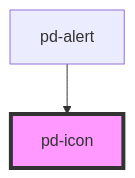
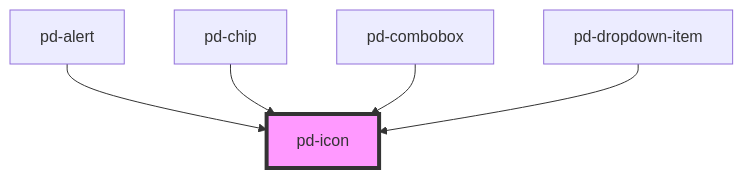
Before and after one commit to Lambda-IT/parlamentsdienste-components: the diagram in packages/core/src/components/pd-icon/readme.md, drawn with Mermaid. The commit also changed other lines of this file and 63 other files, not shown here.

Commit message:
added combobox, checkbox and pd-chip

````diff
--- a/packages/core/src/components/pd-icon/readme.md
+++ b/packages/core/src/components/pd-icon/readme.md
@@ -79,5 +82,8 @@
 ```mermaid
 graph TD;
   pd-alert --> pd-icon
+  pd-chip --> pd-icon
+  pd-combobox --> pd-icon
+  pd-dropdown-item --> pd-icon
   style pd-icon fill:#f9f,stroke:#333,stroke-width:4px
 ```
````
